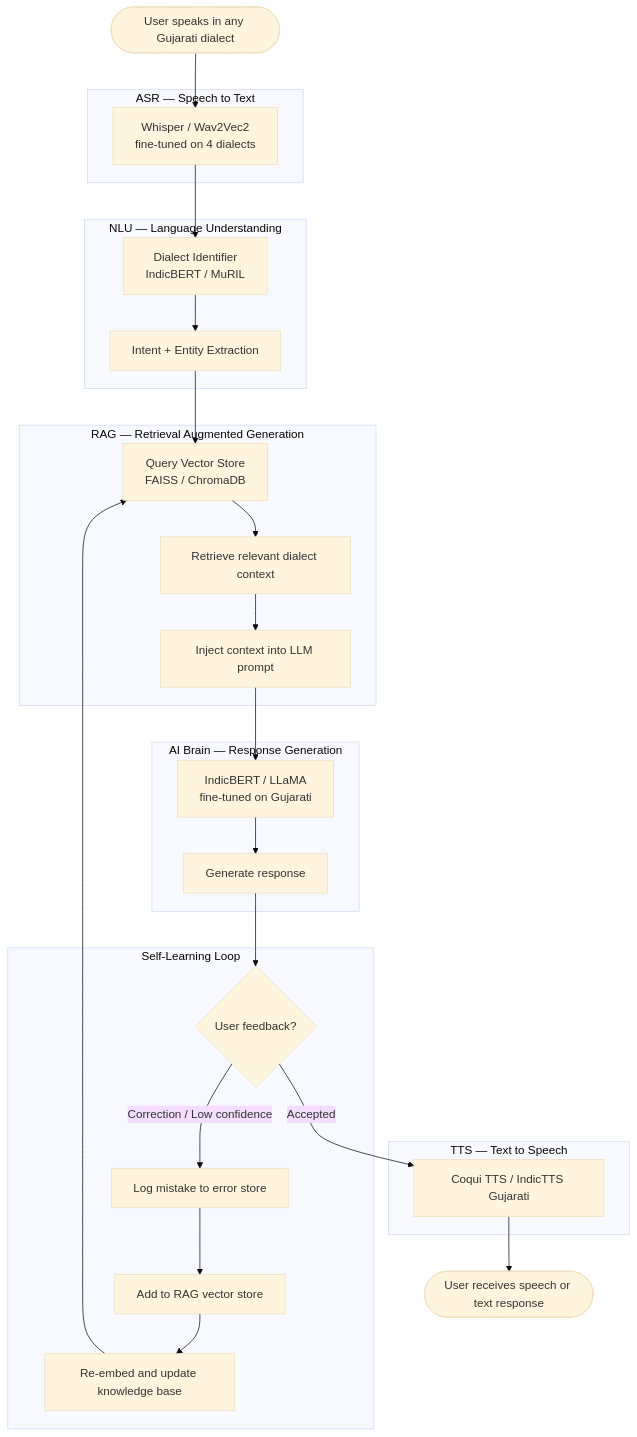
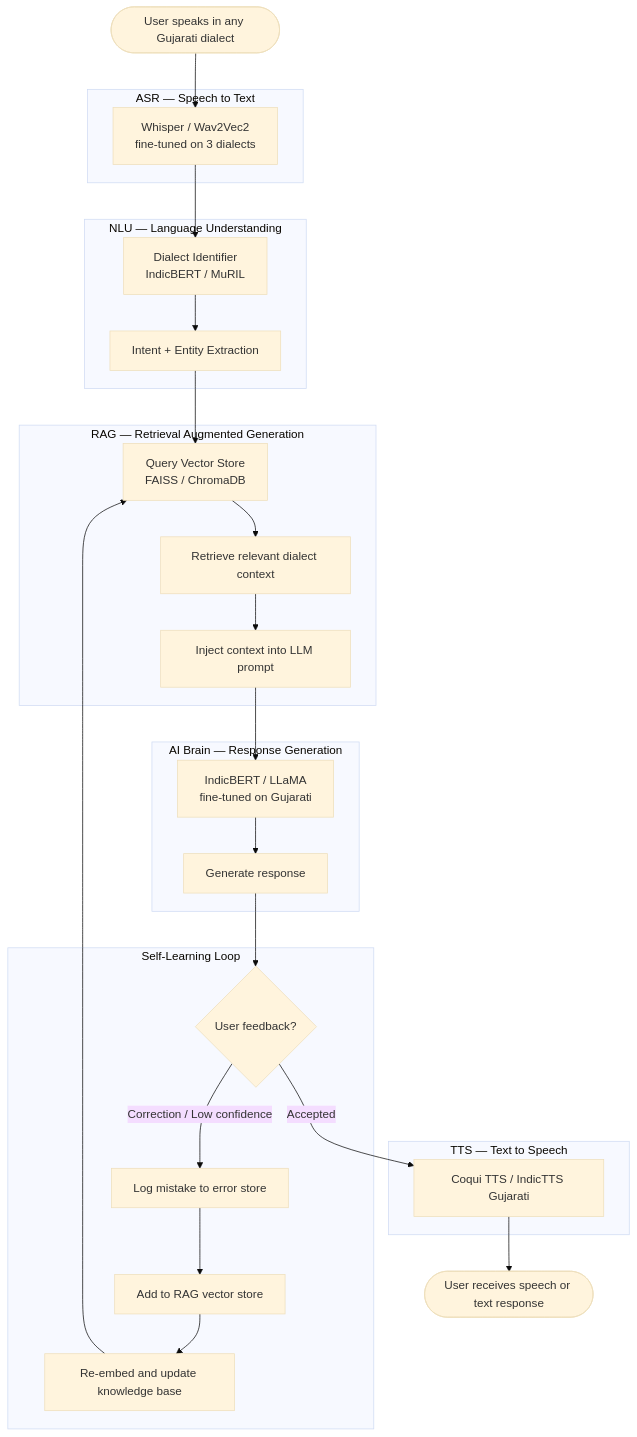
The diagram in README.md (AlexXD121/Cross-Lingual-Project-gujarati-), drawn with Mermaid (base theme) before and after one commit. The commit also changed other lines of this file and 19 other files, not shown here.

````diff
--- a/README.md
+++ b/README.md
@@ -9,48 +9,48 @@
 ```mermaid
 flowchart TD
     A([User speaks in any Gujarati dialect]) --> B
 
     subgraph ASR["ASR — Speech to Text"]
-        B[Whisper / Wav2Vec2\nfine-tuned on 4 dialects]
+        B[Whisper / Wav2Vec2\nfine-tuned on 3 dialects]
     end
 
     B --> C
 
     subgraph NLU["NLU — Language Understanding"]
         C[Dialect Identifier\nIndicBERT / MuRIL] --> D
         D[Intent + Entity Extraction]
     end
 
     D --> E
 
     subgraph RAG["RAG — Retrieval Augmented Generation"]
         E[Query Vector Store\nFAISS / ChromaDB] --> F
         F[Retrieve relevant dialect context] --> G
         G[Inject context into LLM prompt]
     end
 
     G --> H
 
     subgraph LLM["AI Brain — Response Generation"]
         H[IndicBERT / LLaMA\nfine-tuned on Gujarati] --> I
         I[Generate response]
     end
 
     I --> J
 
     subgraph FEEDBACK["Self-Learning Loop"]
         J{User feedback?}
         J -- Correction / Low confidence --> K[Log mistake to error store]
         K --> L[Add to RAG vector store]
         L --> M[Re-embed and update knowledge base]
         M --> E
     end
 
     J -- Accepted --> N
 
     subgraph TTS["TTS — Text to Speech"]
         N[Coqui TTS / IndicTTS Gujarati]
     end
 
     N --> O([User receives speech or text response])
 ```
````
